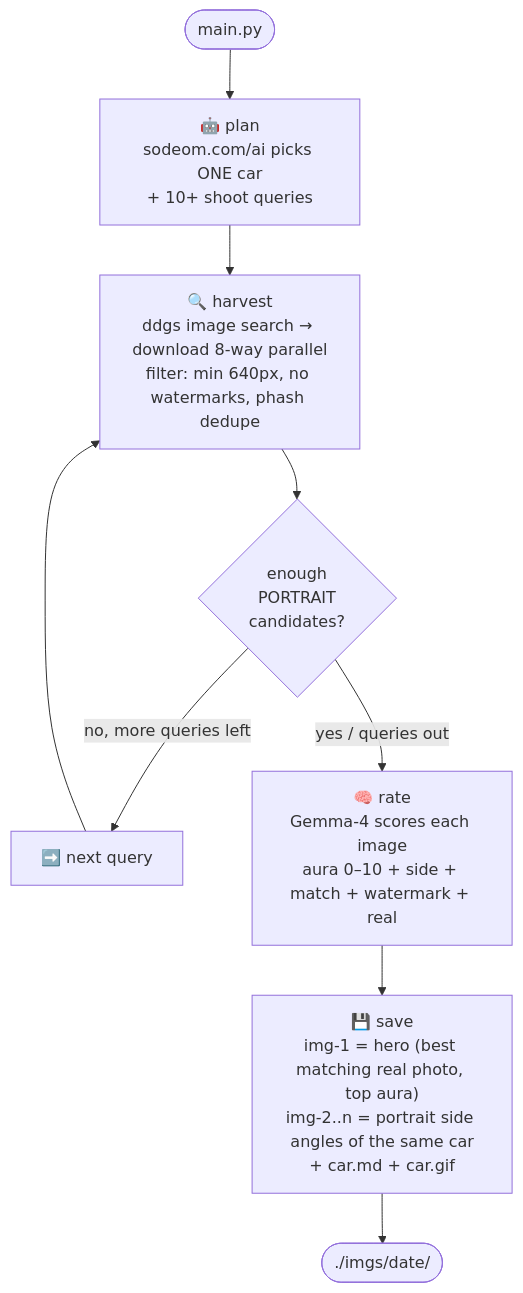
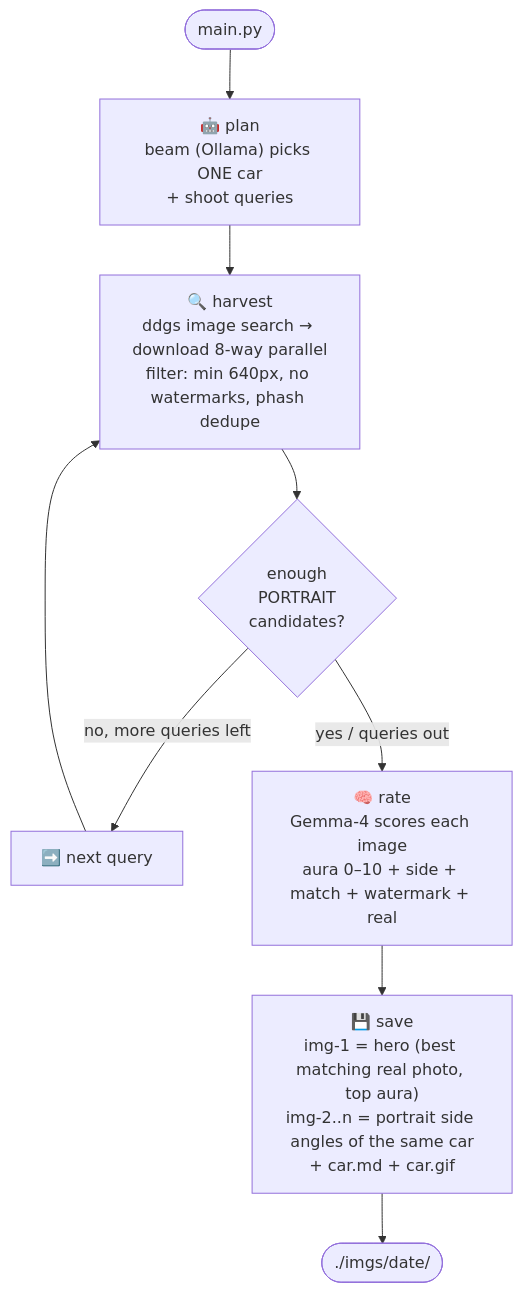
The first of 3 diagrams in README.md (Abdulhadi446/image-collector), drawn with Mermaid before and after one commit. The commit also changed other lines of this file and 10 other files, not shown here.

Commit message:
Migrate car planning from sodeom/ to Ollama beam; improve upload

````diff
--- a/README.md
+++ b/README.md
@@ -16,10 +16,10 @@
 ```mermaid
 flowchart TD
-    START([main.py]) --> plan["🤖 plan<br/>sodeom.com/ai picks ONE car<br/>+ 10+ shoot queries"]
+    START([main.py]) --> plan["🤖 plan<br/>beam (Ollama) picks ONE car<br/>+ shoot queries"]
     plan --> harvest["🔍 harvest<br/>ddgs image search → download 8-way parallel<br/>filter: min 640px, no watermarks, phash dedupe"]
     harvest --> route{"enough<br/>PORTRAIT<br/>candidates?"}
     route -- "no, more queries left" --> advance["➡️ next query"] --> harvest
     route -- "yes / queries out" --> rate["🧠 rate<br/>Gemma-4 scores each image<br/>aura 0–10 + side + match + watermark + real"]
     rate --> save["💾 save<br/>img-1 = hero (best matching real photo, top aura)<br/>img-2..n = portrait side angles of the same car<br/>+ car.md + car.gif"]
     save --> END([./imgs/date/])
 ```
````
